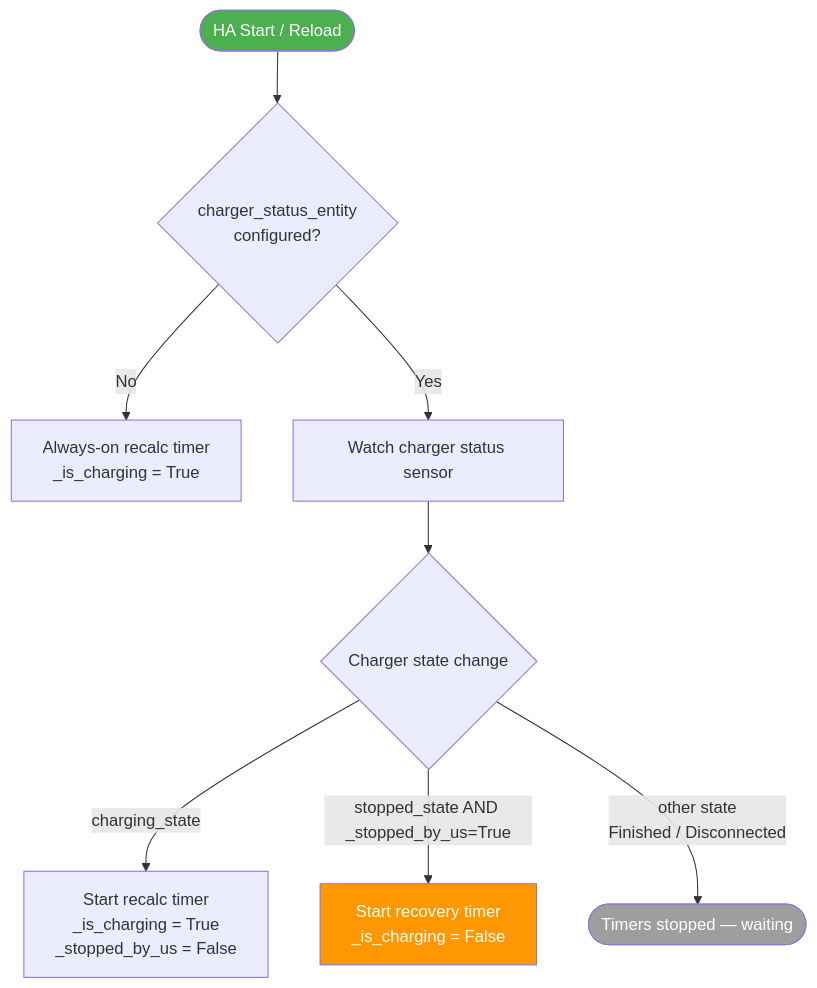
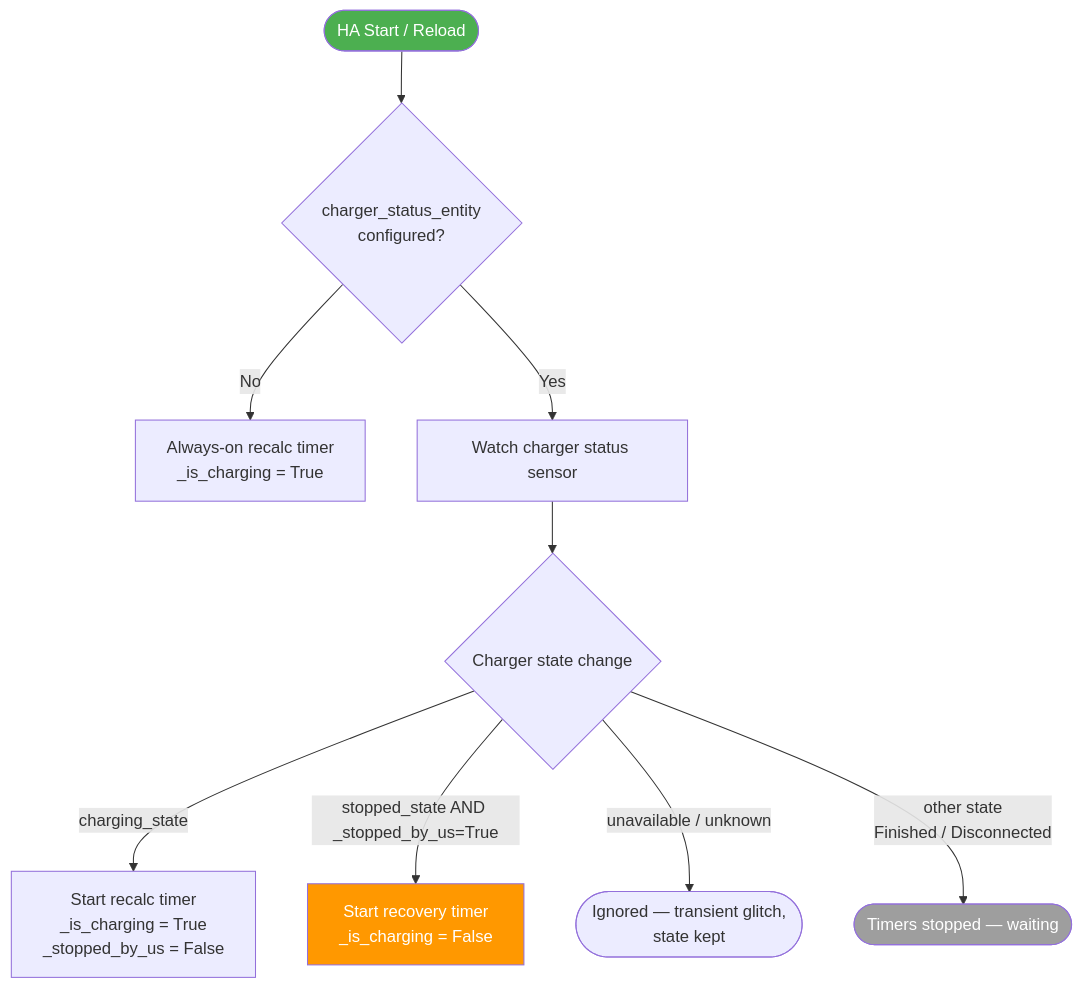
The first of 3 diagrams in README.md (ZaBug/ev-solar-manager), drawn with Mermaid before and after one commit. The commit also changed other lines of this file and 17 other files, not shown here.

````diff
--- a/README.md
+++ b/README.md
@@ -39,17 +39,18 @@
 ```mermaid
 flowchart TD
     START([HA Start / Reload]) --> HAS_STATUS{charger_status_entity\nconfigured?}
 
     HAS_STATUS -- No --> ALWAYS_ON[Always-on recalc timer\n_is_charging = True]
     HAS_STATUS -- Yes --> WATCH[Watch charger status sensor]
 
     WATCH --> STATUS_CHG{Charger state change}
 
     STATUS_CHG -- charging_state --> START_TIMER[Start recalc timer\n_is_charging = True\n_stopped_by_us = False]
     STATUS_CHG -- stopped_state AND _stopped_by_us=True --> REC_TIMER[Start recovery timer\n_is_charging = False]
+    STATUS_CHG -- unavailable / unknown --> KEEP([Ignored — transient glitch,\nstate kept])
     STATUS_CHG -- other state\nFinished / Disconnected --> IDLE([Timers stopped — waiting])
 
     style START fill:#4CAF50,color:#fff
     style IDLE fill:#9E9E9E,color:#fff
     style REC_TIMER fill:#FF9800,color:#fff
 ```
````
